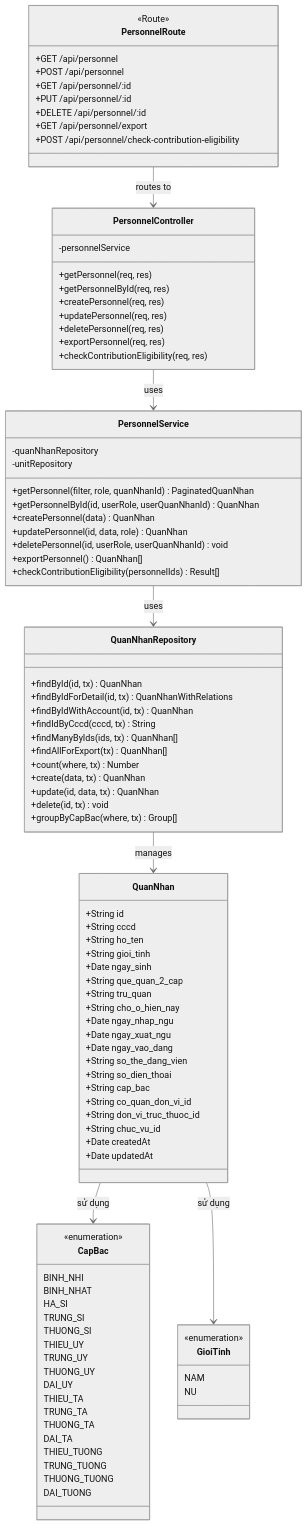
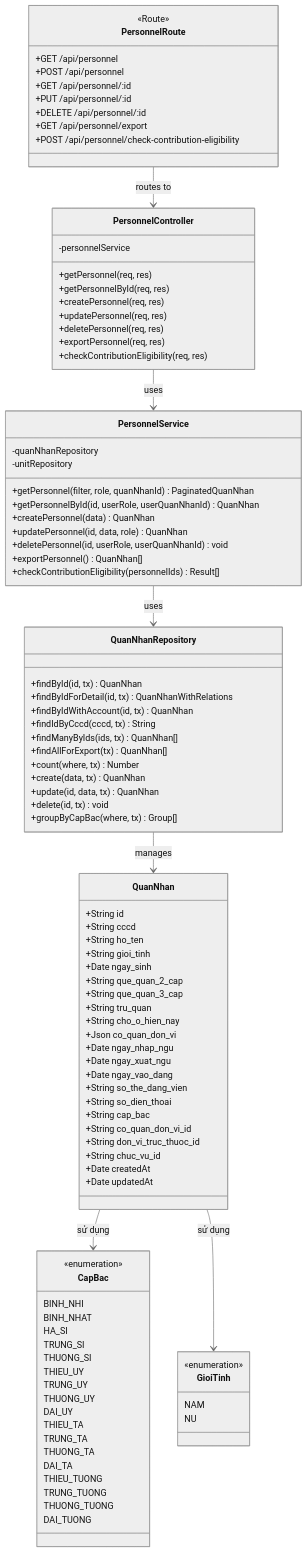
The first of 5 diagrams in docs/diagrams/04-class.md (tranducbk/DATN_PM_QLKT), drawn with Mermaid (neutral theme) before and after one commit. The commit also changed other lines of this file and 4 other files, not shown here.

```diff
--- a/docs/diagrams/04-class.md
+++ b/docs/diagrams/04-class.md
@@ -15,8 +15,10 @@
         +String gioi_tinh
         +Date ngay_sinh
         +String que_quan_2_cap
+        +String que_quan_3_cap
         +String tru_quan
         +String cho_o_hien_nay
+        +Json co_quan_don_vi
         +Date ngay_nhap_ngu
         +Date ngay_xuat_ngu
         +Date ngay_vao_dang
```
